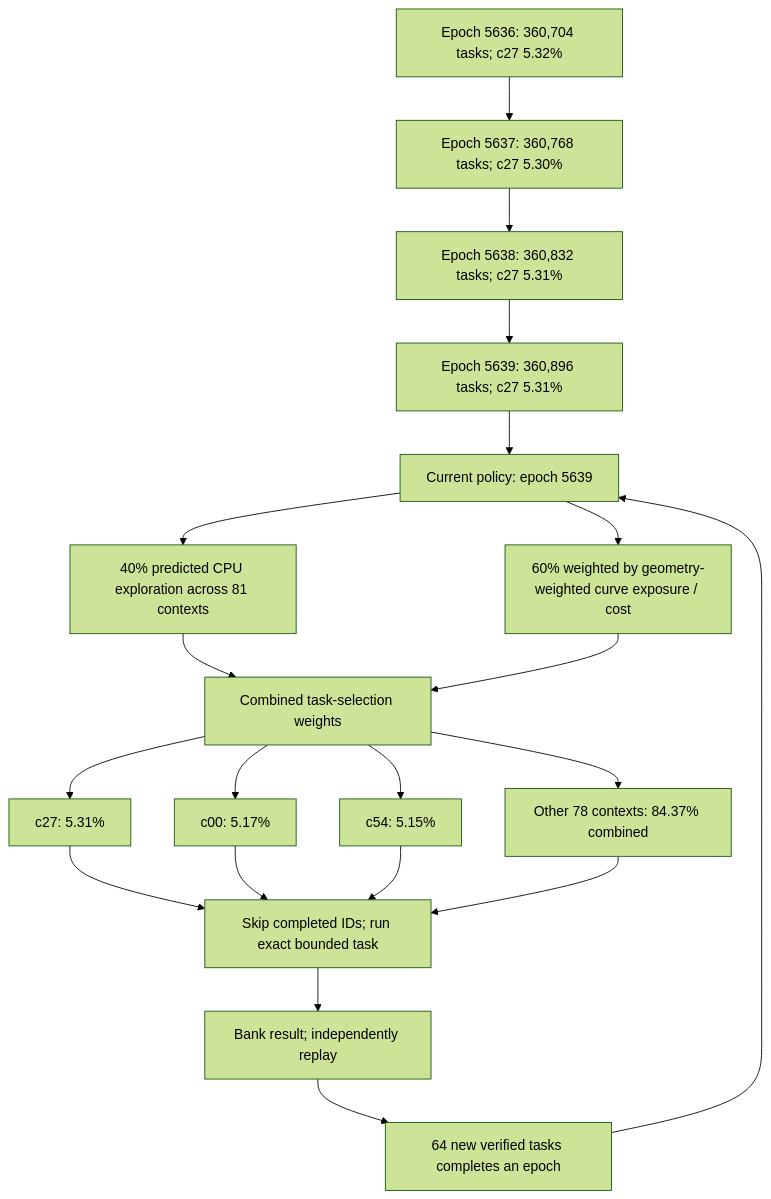
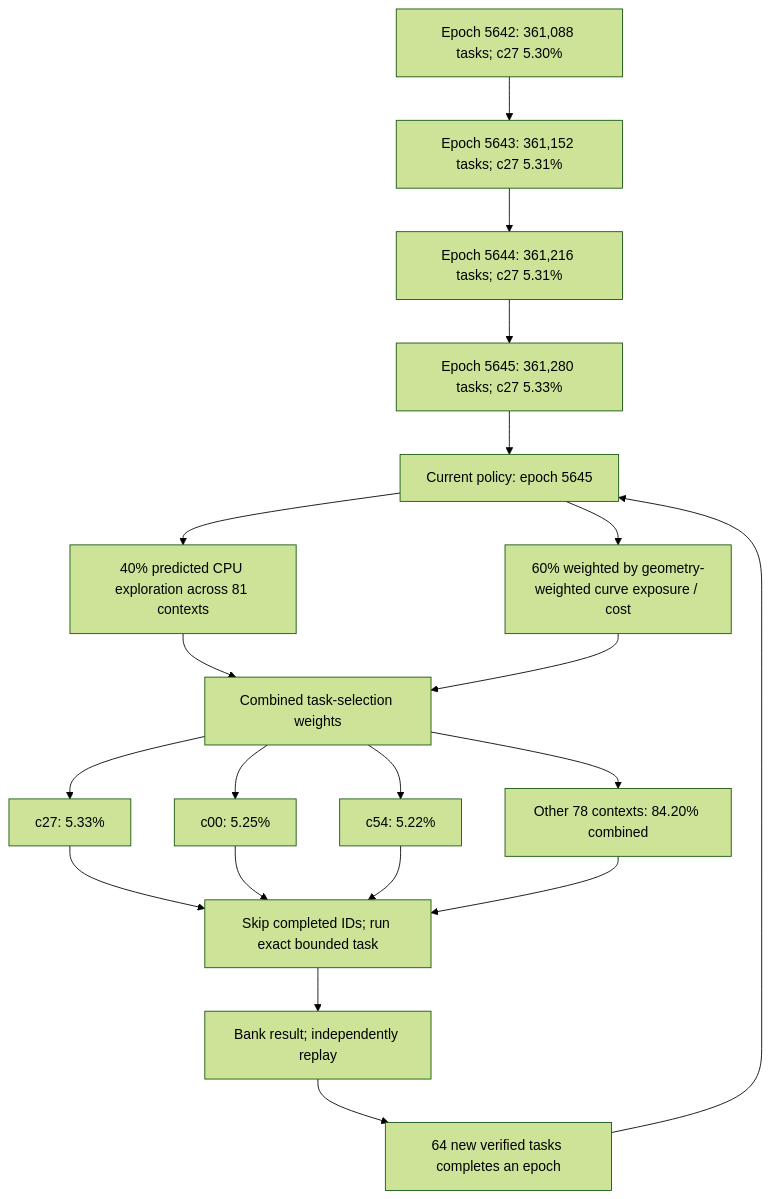
One commit to Kuberwastaken/math-gambling changed the first of 3 diagrams in README.md. Above: the diagram before and after it, drawn with Mermaid (forest theme). The commit also changed other lines of this file and 1363 other files, not shown here.

````diff
--- a/README.md
+++ b/README.md
@@ -60,27 +60,27 @@
 ```mermaid
 flowchart TD
-    H0["Epoch 5636: 360,704 tasks; c27 5.32%"]
-    H1["Epoch 5637: 360,768 tasks; c27 5.30%"]
+    H0["Epoch 5642: 361,088 tasks; c27 5.30%"]
+    H1["Epoch 5643: 361,152 tasks; c27 5.31%"]
     H0 --> H1
-    H2["Epoch 5638: 360,832 tasks; c27 5.31%"]
+    H2["Epoch 5644: 361,216 tasks; c27 5.31%"]
     H1 --> H2
-    H3["Epoch 5639: 360,896 tasks; c27 5.31%"]
+    H3["Epoch 5645: 361,280 tasks; c27 5.33%"]
     H2 --> H3
-    Policy["Current policy: epoch 5639"]
+    Policy["Current policy: epoch 5645"]
     H3 --> Policy
     Policy --> Explore["40% predicted CPU exploration across 81 contexts"]
     Policy --> Cost["60% weighted by geometry-weighted curve exposure / cost"]
     Explore --> Mix["Combined task-selection weights"]
     Cost --> Mix
-    Mix --> C0["c27: 5.31%"]
-    Mix --> C1["c00: 5.17%"]
-    Mix --> C2["c54: 5.15%"]
-    Mix --> Rest["Other 78 contexts: 84.37% combined"]
+    Mix --> C0["c27: 5.33%"]
+    Mix --> C1["c00: 5.25%"]
+    Mix --> C2["c54: 5.22%"]
+    Mix --> Rest["Other 78 contexts: 84.20% combined"]
     C0 --> Check["Skip completed IDs; run exact bounded task"]
     C1 --> Check
     C2 --> Check
     Rest --> Check
     Check --> Replay["Bank result; independently replay"]
     Replay --> Gate["64 new verified tasks completes an epoch"]
     Gate --> Policy
 ```
````
